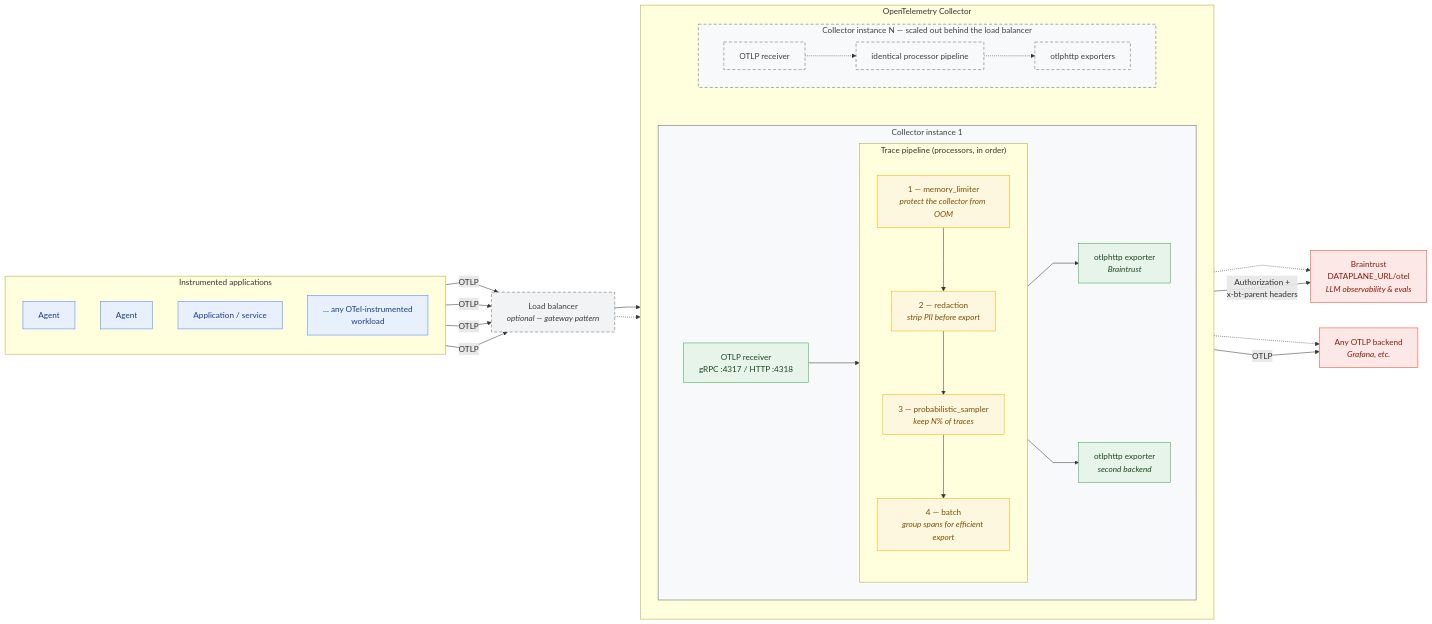
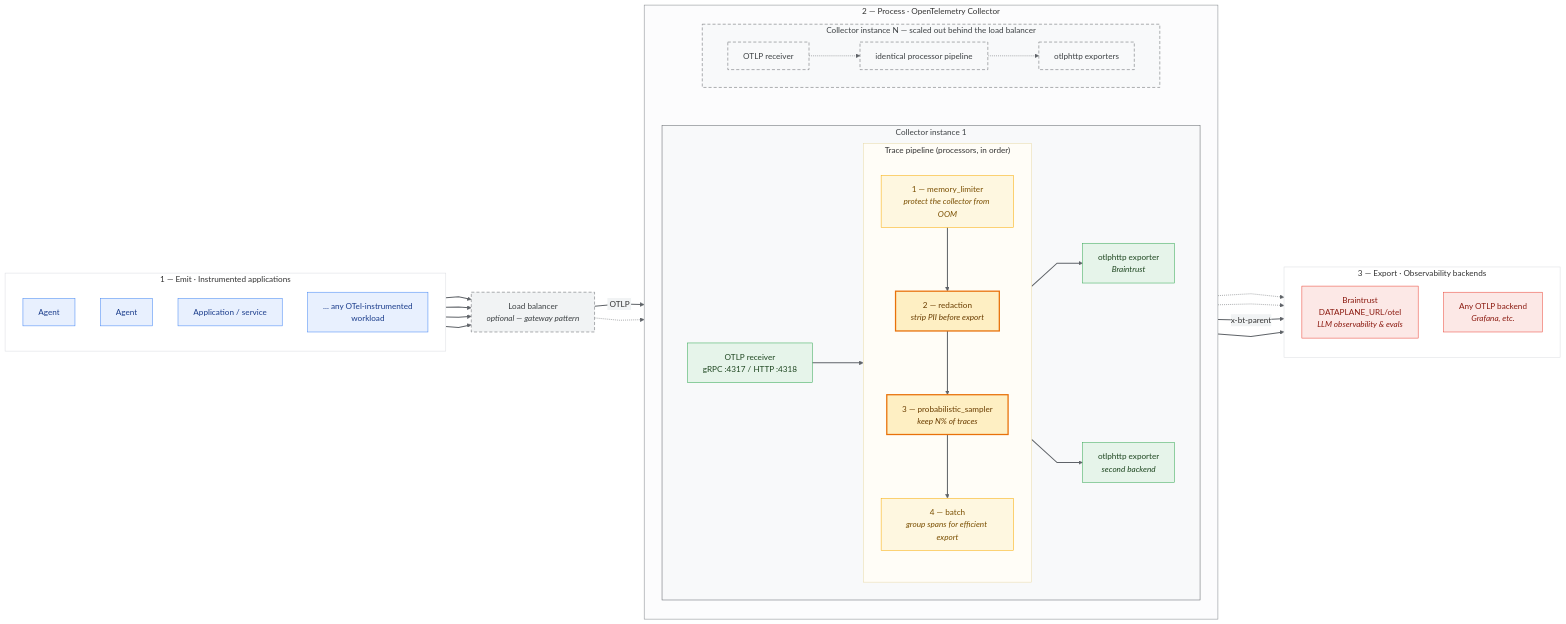
Before and after one commit to slavinnj-bt/braintrust-otelcol-patterns: the diagram in docs/architecture.mmd, drawn with Mermaid. The commit also changed 4 other files, not shown here.

Commit message:
Update diagrams

```diff
--- a/docs/architecture.mmd
+++ b/docs/architecture.mmd
@@ -1,74 +1,87 @@
 %% Braintrust + OTel Collector fan-out architecture
-%% Render: mmdc -i architecture.mmd -o architecture.svg
+%% Render: mmdc -i architecture.mmd -o architecture.svg   (also works for .png / .pdf)
 %% Or paste into https://mermaid.live
 %% Dashed elements = optional gateway-pattern scale-out
 %% (https://opentelemetry.io/docs/collector/deploy/gateway/)
-%%{init: {"flowchart": {"curve": "linear"}}}%%
+%%{init: {"flowchart": {"curve": "linear"}, "themeVariables": {"fontFamily": "Helvetica Neue, Arial, sans-serif", "lineColor": "#5f6368", "clusterBkg": "#ffffff", "clusterBorder": "#dadce0", "edgeLabelBackground": "#f1f3f4"}}}%%
 flowchart LR
-    subgraph apps["Instrumented applications"]
+    subgraph apps["1 — Emit · Instrumented applications"]
         direction TB
         a1["Agent"]
         a2["Agent"]
         a3["Application / service"]
         aN["... any OTel-instrumented<br/>workload"]
     end
 
     lb["Load balancer<br/><i>optional — gateway pattern</i>"]
 
-    subgraph col["OpenTelemetry Collector"]
+    subgraph col["2 — Process · OpenTelemetry Collector"]
         direction TB
         subgraph inst1["Collector instance 1"]
             direction LR
             recv["OTLP receiver<br/>gRPC :4317 / HTTP :4318"]
             subgraph pipe["Trace pipeline (processors, in order)"]
                 direction TB
                 p1["1 — memory_limiter<br/><i>protect the collector from OOM</i>"]
                 p2["2 — redaction<br/><i>strip PII before export</i>"]
                 p3["3 — probabilistic_sampler<br/><i>keep N% of traces</i>"]
                 p4["4 — batch<br/><i>group spans for efficient export</i>"]
                 p1 --> p2 --> p3 --> p4
             end
             e1["otlphttp exporter<br/><i>Braintrust</i>"]
             e2["otlphttp exporter<br/><i>second backend</i>"]
             recv --> pipe
             pipe --> e1
             pipe --> e2
         end
         subgraph colN["Collector instance N — scaled out behind the load balancer"]
             direction LR
             recvN["OTLP receiver"]
             procN["identical processor pipeline"]
             expN["otlphttp exporters"]
             recvN -.-> procN -.-> expN
         end
         colN ~~~ inst1
     end
 
-    bt["Braintrust<br/>DATAPLANE_URL/otel<br/><i>LLM observability & evals</i>"]
-    other["Any OTLP backend<br/><i>Grafana, etc.</i>"]
+    subgraph backends["3 — Export · Observability backends"]
+        direction TB
+        bt["Braintrust<br/>DATAPLANE_URL/otel<br/><i>LLM observability & evals</i>"]
+        other["Any OTLP backend<br/><i>Grafana, etc.</i>"]
+    end
 
-    a1 -- OTLP --> lb
-    a2 -- OTLP --> lb
-    a3 -- OTLP --> lb
-    aN -- OTLP --> lb
-    lb --> recv
+    a1 --> lb
+    a2 --> lb
+    a3 --> lb
+    aN --> lb
+    lb -- "&nbsp;OTLP&nbsp;" --> recv
     lb -.-> recvN
     expN -.-> bt
     expN -.-> other
-    e1 -- "Authorization +<br/>x-bt-parent headers" --> bt
-    e2 -- OTLP --> other
+    e1 -- x-bt-parent --> bt
+    e2 --> other
+
+    %% Bold the primary data path; dotted scale-out edges stay thin
+    linkStyle 0,1,2,3,4,5,9,10,11,12,13,17,18 stroke-width:2px
 
     classDef app fill:#e8f0fe,stroke:#4285f4,color:#1a3c8b
     classDef proc fill:#fef7e0,stroke:#f9ab00,color:#7a4f01
+    classDef hero fill:#feefc3,stroke:#e8710a,stroke-width:2.5px,color:#6a3d00
     classDef io fill:#e6f4ea,stroke:#34a853,color:#1e4620
     classDef backend fill:#fce8e6,stroke:#ea4335,color:#8b1a10
     classDef optional fill:#f1f3f4,stroke:#5f6368,color:#3c4043,stroke-dasharray:6 4
     classDef instance fill:#f8f9fa,stroke:#5f6368,color:#3c4043
     classDef instanceN fill:#f8f9fa,stroke:#5f6368,color:#3c4043,stroke-dasharray:6 4
     class a1,a2,a3,aN app
-    class p1,p2,p3,p4 proc
+    class p1,p4 proc
+    class p2,p3 hero
     class recv,e1,e2 io
     class bt,other backend
     class lb optional
     class inst1 instance
     class colN,recvN,procN,expN instanceN
+
+    style apps fill:#ffffff,stroke:#dadce0
+    style col fill:#fcfcfd,stroke:#80868b
+    style backends fill:#ffffff,stroke:#dadce0
+    style pipe fill:#fffdf7,stroke:#e8d9a8
```
